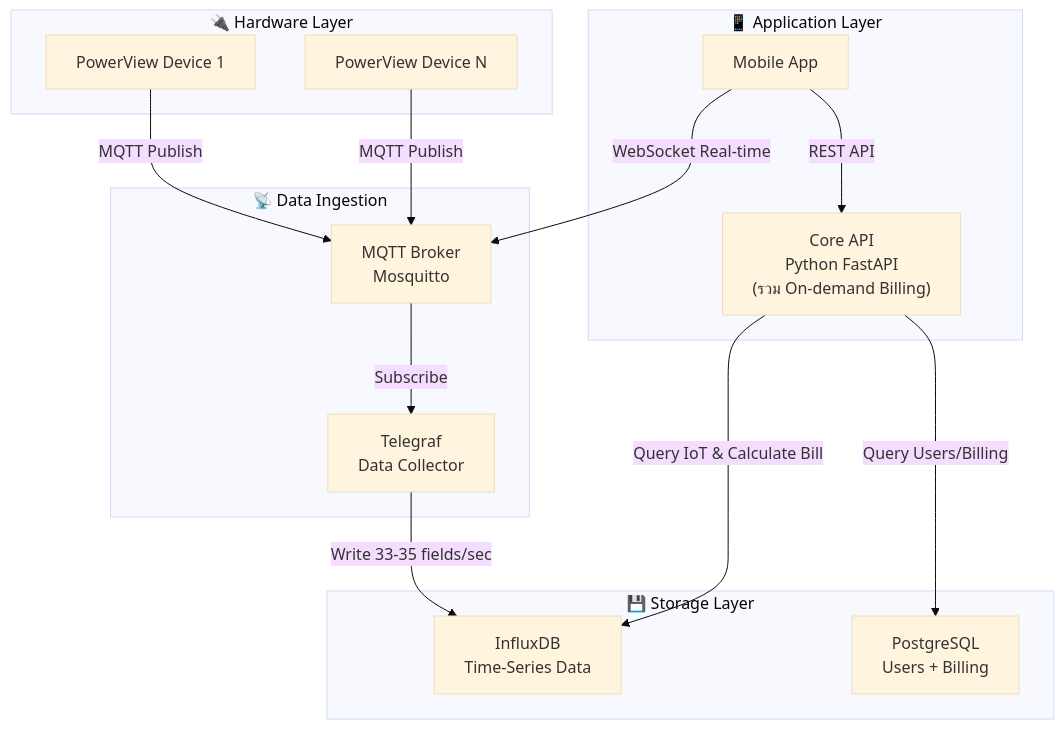
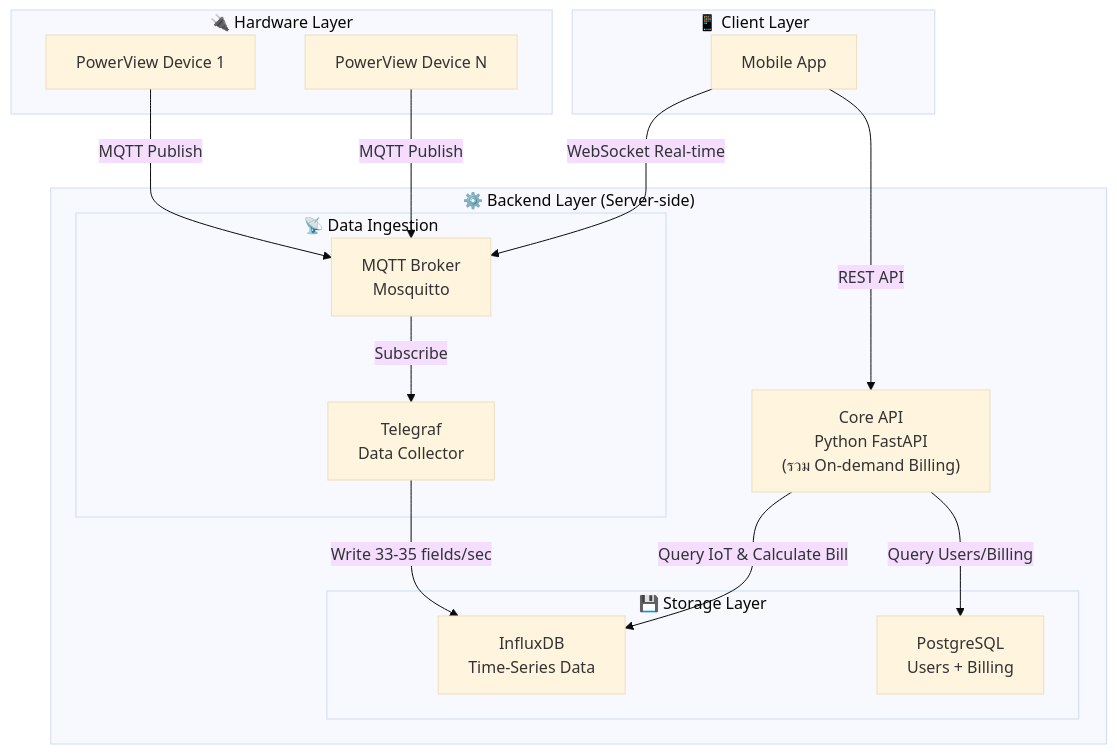
Before and after one commit to u65042380107/share: the first of 30 diagrams in BILLING_AND_TIERS_SYSTEM.md, drawn with Mermaid (base theme).

````diff
--- a/BILLING_AND_TIERS_SYSTEM.md
+++ b/BILLING_AND_TIERS_SYSTEM.md
@@ -68,30 +68,33 @@
 ```mermaid
 flowchart TD
     subgraph Hardware ["🔌 Hardware Layer"]
         HW1["PowerView Device 1"]
         HW2["PowerView Device N"]
     end
 
-    subgraph Ingestion ["📡 Data Ingestion"]
-        MQTT["MQTT Broker<br/>Mosquitto"]
-        GW["Telegraf<br/>Data Collector"]
+    subgraph Backend ["⚙️ Backend Layer (Server-side)"]
+        subgraph Ingestion ["📡 Data Ingestion"]
+            MQTT["MQTT Broker<br/>Mosquitto"]
+            GW["Telegraf<br/>Data Collector"]
+        end
+
+        subgraph Storage ["💾 Storage Layer"]
+            Influx["InfluxDB<br/>Time-Series Data"]
+            PG["PostgreSQL<br/>Users + Billing"]
+        end
+
+        API["Core API<br/>Python FastAPI<br/>(รวม On-demand Billing)"]
     end
 
-    subgraph Storage ["💾 Storage Layer"]
-        Influx["InfluxDB<br/>Time-Series Data"]
-        PG["PostgreSQL<br/>Users + Billing"]
-    end
-
-    subgraph App ["📱 Application Layer"]
-        API["Core API<br/>Python FastAPI<br/>(รวม On-demand Billing)"]
+    subgraph Client ["📱 Client Layer"]
         Mobile["Mobile App"]
     end
 
     HW1 & HW2 -->|MQTT Publish| MQTT
     MQTT -->|Subscribe| GW
     GW -->|Write 33-35 fields/sec| Influx
     API -->|Query IoT & Calculate Bill| Influx
     API -->|Query Users/Billing| PG
     Mobile -->|REST API| API
     Mobile -->|WebSocket Real-time| MQTT
 ```
````
